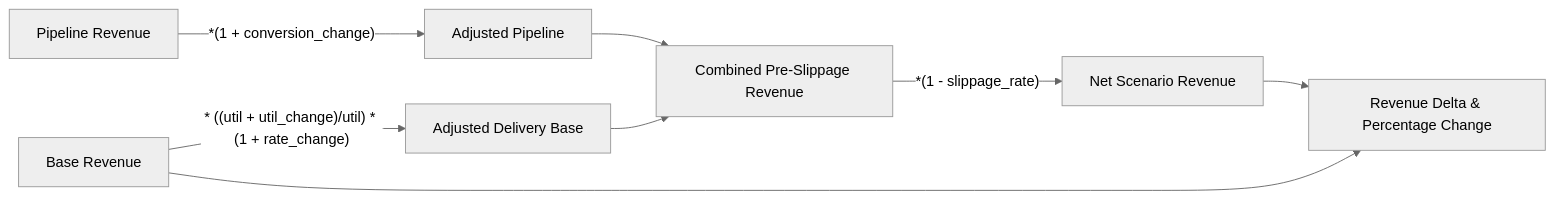
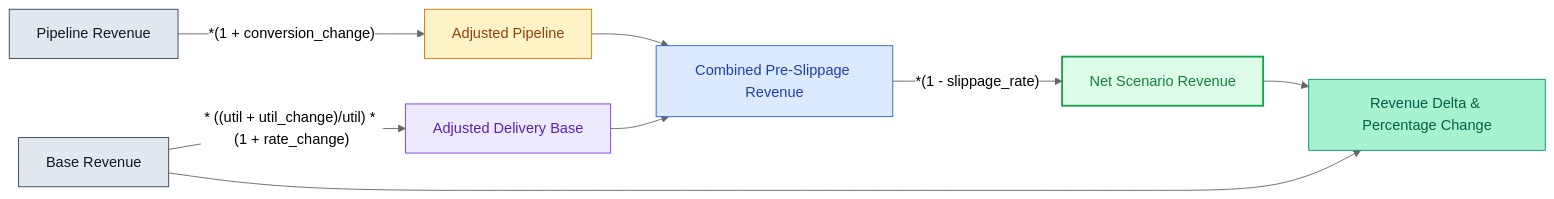
One commit to VED-VIVEK-TALMALEY/x-fin changed the fifth of 5 diagrams in docs/FORECAST_ENGINE.md. Above: the diagram before and after it, drawn with Mermaid (neutral theme). The commit also changed other lines of this file and 6 other files, not shown here.

````diff
--- a/docs/FORECAST_ENGINE.md
+++ b/docs/FORECAST_ENGINE.md
@@ -158,9 +206,17 @@
 ```mermaid
 flowchart LR
     P_IN["Pipeline Revenue"] -->|"*(1 + conversion_change)"| P_ADJ["Adjusted Pipeline"]
     B_IN["Base Revenue"] -->|"* ((util + util_change)/util) * (1 + rate_change)"| B_ADJ["Adjusted Delivery Base"]
 
     P_ADJ & B_ADJ --> COMB["Combined Pre-Slippage Revenue"]
     COMB -->|"*(1 - slippage_rate)"| SCENARIO["Net Scenario Revenue"]
     SCENARIO & B_IN --> DELTA["Revenue Delta & Percentage Change"]
+
+    style P_IN fill:#E2E8F0,stroke:#334155,stroke-width:1px,color:#0F172A
+    style B_IN fill:#E2E8F0,stroke:#334155,stroke-width:1px,color:#0F172A
+    style P_ADJ fill:#FEF3C7,stroke:#D97706,stroke-width:1px,color:#92400E
+    style B_ADJ fill:#EDE9FE,stroke:#7C3AED,stroke-width:1px,color:#5B21B6
+    style COMB fill:#DBEAFE,stroke:#2563EB,stroke-width:1px,color:#1E40AF
+    style SCENARIO fill:#DCFCE7,stroke:#16A34A,stroke-width:2px,color:#15803D
+    style DELTA fill:#A7F3D0,stroke:#059669,stroke-width:1px,color:#065F46
 ```
````
